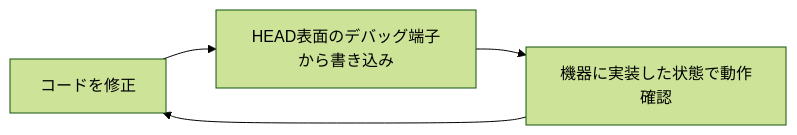
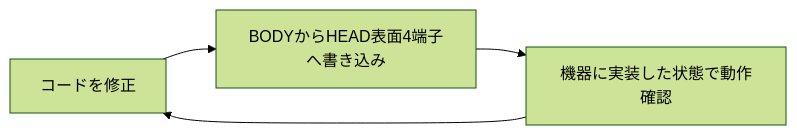
The second of 2 diagrams in README.md (ymmtynk/BARONDUINO_EVERY), drawn with Mermaid (forest theme) before and after one commit. The commit also changed other lines of this file, not shown here.

````diff
--- a/README.md
+++ b/README.md
@@ -57,6 +54,6 @@
 ```mermaid
 flowchart LR
-    EDIT["コードを修正"] --> WRITE["HEAD表面のデバッグ端子から書き込み"]
+    EDIT["コードを修正"] --> WRITE["BODYからHEAD表面4端子へ書き込み"]
     WRITE --> TEST["機器に実装した状態で動作確認"]
     TEST --> EDIT
 ```
````
